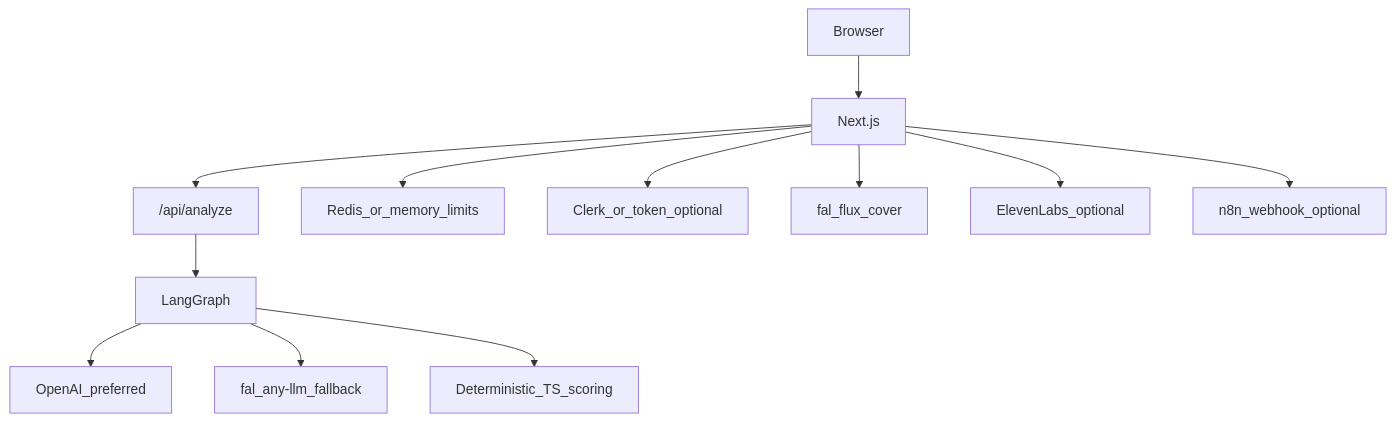
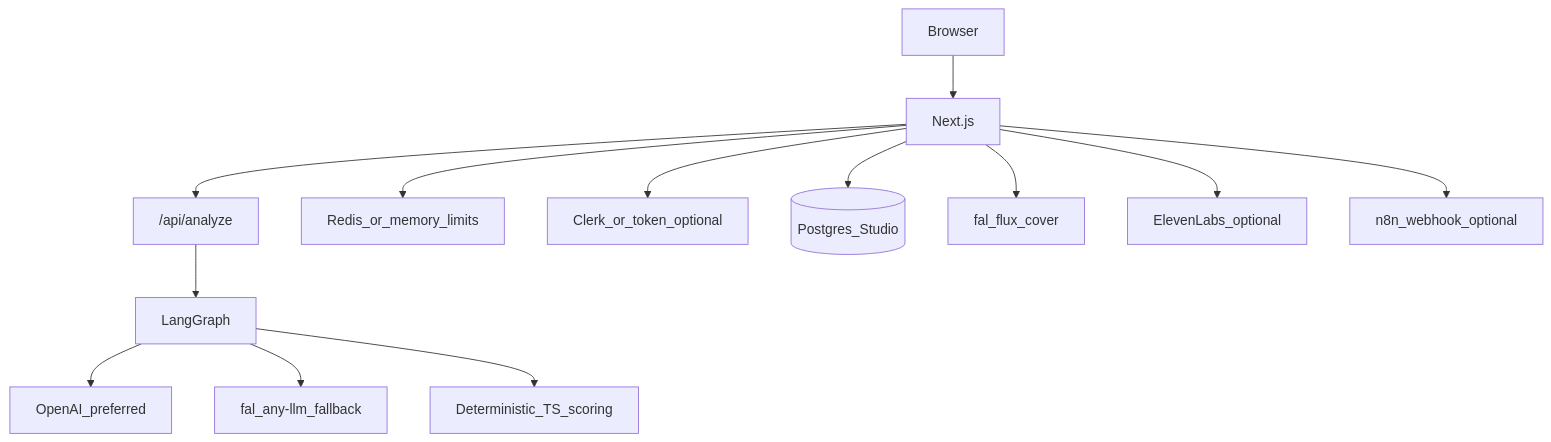
The diagram in README.md (harshjoshi23/Thunder), drawn with Mermaid before and after one commit. The commit also changed other lines of this file and 31 other files, not shown here.

````diff
--- a/README.md
+++ b/README.md
@@ -96,14 +98,15 @@
 ```mermaid
 flowchart TB
   Browser --> Next[Next.js]
   Next --> Analyze["/api/analyze"]
   Analyze --> LG[LangGraph]
   LG --> OpenAI[OpenAI_preferred]
   LG --> FalLM[fal_any-llm_fallback]
   LG --> Score[Deterministic_TS_scoring]
   Next --> Redis[Redis_or_memory_limits]
   Next --> Auth[Clerk_or_token_optional]
+  Next --> PG[(Postgres_Studio)]
   Next --> FalImg[fal_flux_cover]
   Next --> Eleven[ElevenLabs_optional]
   Next --> N8N[n8n_webhook_optional]
 ```
````
